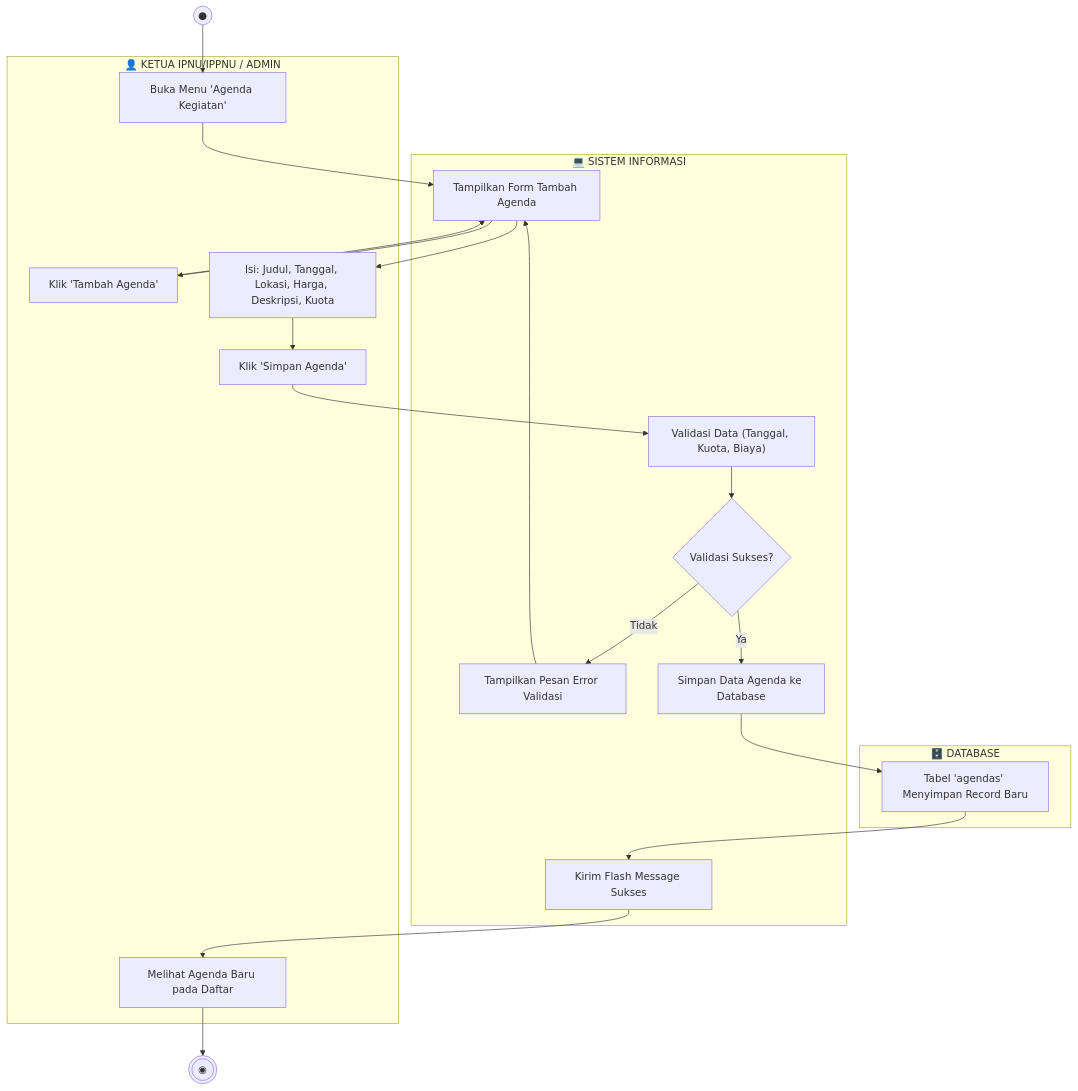
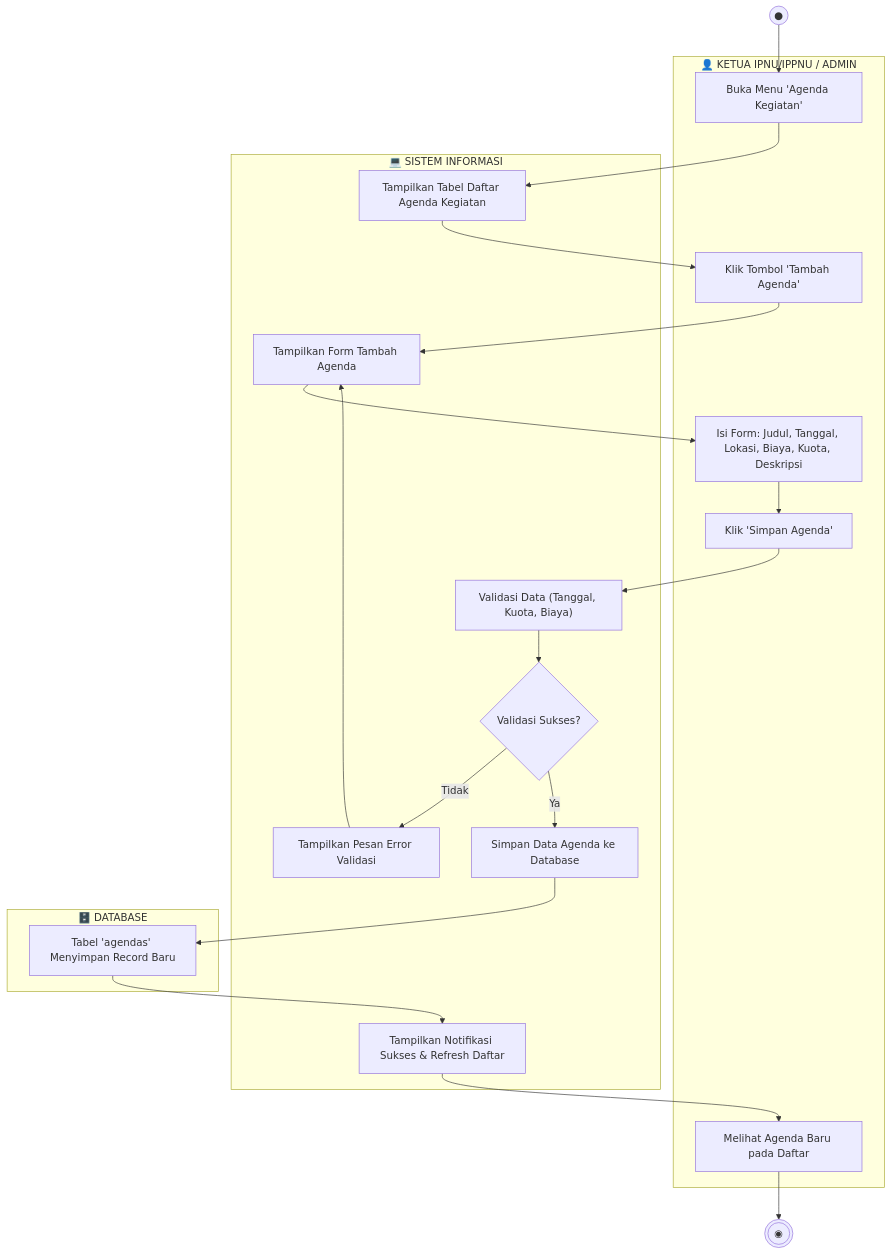
Before and after one commit to rizalmhmd/pk-ipnu-ippnu: the fourth of 7 diagrams in ACTIVITY_DIAGRAM.md, drawn with Mermaid. The commit also changed other lines of this file and 13 other files, not shown here.

````diff
--- a/ACTIVITY_DIAGRAM.md
+++ b/ACTIVITY_DIAGRAM.md
@@ -137,30 +145,31 @@
 ```mermaid
 flowchart TD
     Start((●))
     EndNode(((◉)))
 
     subgraph Ketua["👤 KETUA IPNU/IPPNU / ADMIN"]
         G1["Buka Menu 'Agenda Kegiatan'"]
-        G2["Klik 'Tambah Agenda'"]
-        G3["Isi: Judul, Tanggal, Lokasi, Harga, Deskripsi, Kuota"]
+        G2["Klik Tombol 'Tambah Agenda'"]
+        G3["Isi Form: Judul, Tanggal, Lokasi, Biaya, Kuota, Deskripsi"]
         G4["Klik 'Simpan Agenda'"]
         G5["Melihat Agenda Baru pada Daftar"]
     end
 
     subgraph SistemAgenda["💻 SISTEM INFORMASI"]
-        SG1["Tampilkan Form Tambah Agenda"]
-        SG2["Validasi Data (Tanggal, Kuota, Biaya)"]
-        SG3{"Validasi Sukses?"}
-        SG4["Tampilkan Pesan Error Validasi"]
-        SG5["Simpan Data Agenda ke Database"]
-        SG6["Kirim Flash Message Sukses"]
+        SG1["Tampilkan Tabel Daftar Agenda Kegiatan"]
+        SG2["Tampilkan Form Tambah Agenda"]
+        SG3["Validasi Data (Tanggal, Kuota, Biaya)"]
+        SG4{"Validasi Sukses?"}
+        SG5["Tampilkan Pesan Error Validasi"]
+        SG6["Simpan Data Agenda ke Database"]
+        SG7["Tampilkan Notifikasi Sukses & Refresh Daftar"]
     end
 
     subgraph DBAgenda["🗄️ DATABASE"]
         DG1["Tabel 'agendas' Menyimpan Record Baru"]
     end
 
-    Start --> G1 --> SG1 --> G2 --> SG1 --> G3 --> G4 --> SG2 --> SG3
-    SG3 -- "Tidak" --> SG4 --> SG1
-    SG3 -- "Ya" --> SG5 --> DG1 --> SG6 --> G5 --> EndNode
+    Start --> G1 --> SG1 --> G2 --> SG2 --> G3 --> G4 --> SG3 --> SG4
+    SG4 -- "Tidak" --> SG5 --> SG2
+    SG4 -- "Ya" --> SG6 --> DG1 --> SG7 --> G5 --> EndNode
 ```
````
